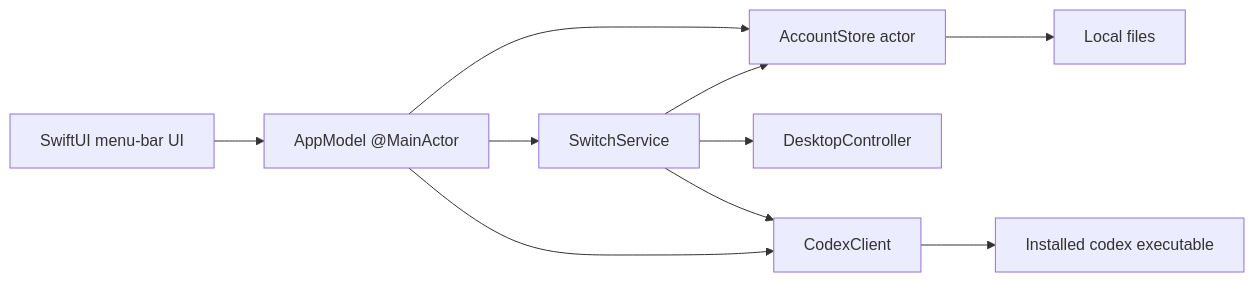
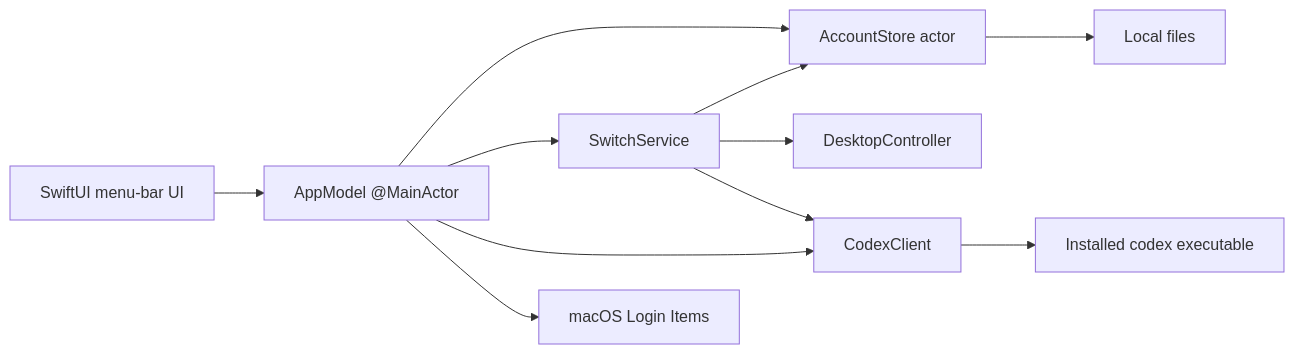
Before and after one commit to liuzhao1225/codex-account-switcher: the first of 3 diagrams in docs/system-design.md, drawn with Mermaid. The commit also changed other lines of this file and 14 other files, not shown here.

````diff
--- a/docs/system-design.md
+++ b/docs/system-design.md
@@ -67,20 +68,22 @@
 ```mermaid
 flowchart LR
     UI[SwiftUI menu-bar UI]
     VM[AppModel @MainActor]
     Store[AccountStore actor]
     Switch[SwitchService]
     Codex[CodexClient]
     Desktop[DesktopController]
+    Login[macOS Login Items]
     FS[Local files]
 
     UI --> VM
     VM --> Store
     VM --> Switch
     VM --> Codex
+    VM --> Login
     Switch --> Store
     Switch --> Desktop
     Switch --> Codex
     Store --> FS
     Codex --> CLI[Installed codex executable]
 ```
````
